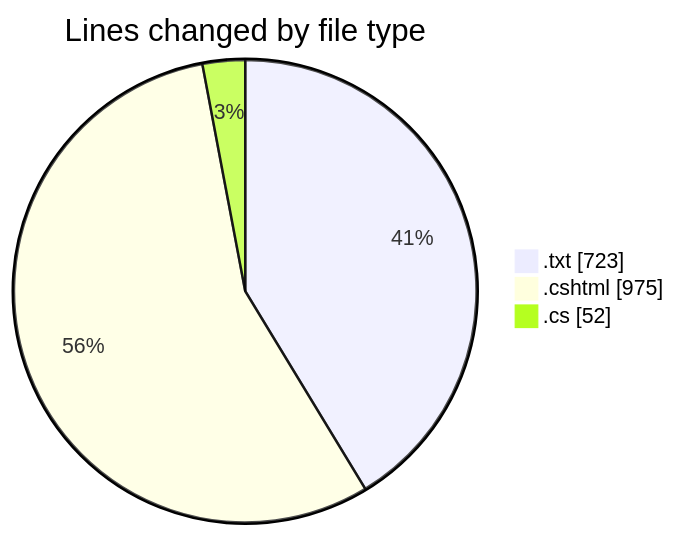
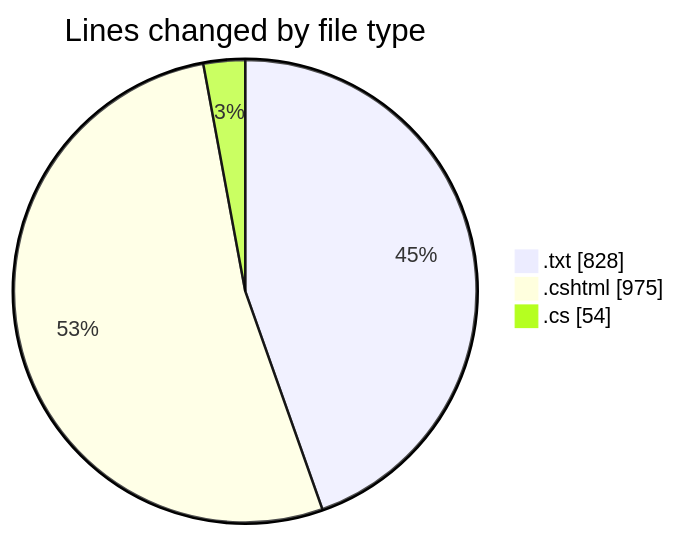
One commit to lephambinh05/code-tracking changed the first of 2 diagrams in 2025-07-25/quanlyrapchieuphim-1/README.md. Above: the diagram before and after it, drawn with Mermaid. The commit also changed other lines of this file and 1 other file, not shown here.

````diff
--- a/2025-07-25/quanlyrapchieuphim-1/README.md
+++ b/2025-07-25/quanlyrapchieuphim-1/README.md
@@ -23,7 +23,7 @@
 ```mermaid
 pie showData
 title Lines changed by file type
-".txt" : 723
+".txt" : 828
 ".cshtml" : 975
-".cs" : 52
+".cs" : 54
 ```
````
